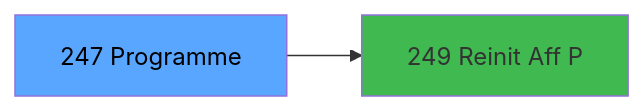
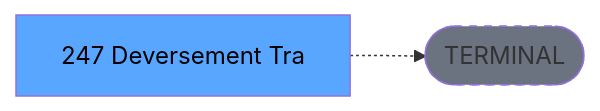
The third of 3 diagrams in .openspec/specs/ADH-IDE-247.md (thonyAGP/lecteur-magic), drawn with Mermaid before and after one commit. The commit also changed other lines of this file and 701 other files, not shown here.

````diff
--- a/.openspec/specs/ADH-IDE-247.md
+++ b/.openspec/specs/ADH-IDE-247.md
@@ -205,8 +163,8 @@
 ```mermaid
 graph LR
-    T[247 Programme]
-    C249[249 Reinit Aff P]
-    T --> C249
+    T[247 Deversement Tra]
+    TERM([TERMINAL])
+    T -.-> TERM
+    style TERM fill:#6b7280,stroke-dasharray: 5 5
     style T fill:#58a6ff,color:#000
-    style C249 fill:#3fb950
 ```
````
